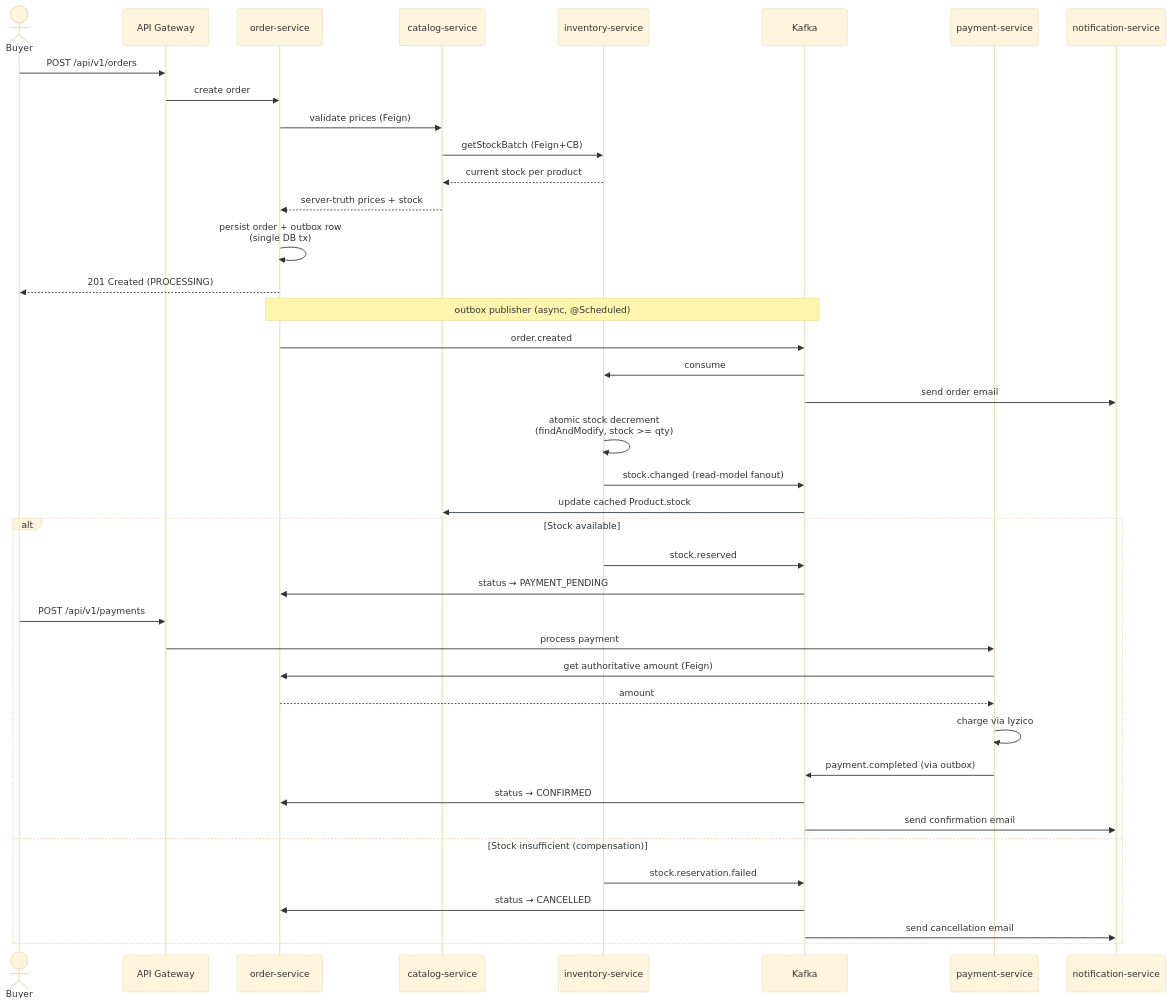
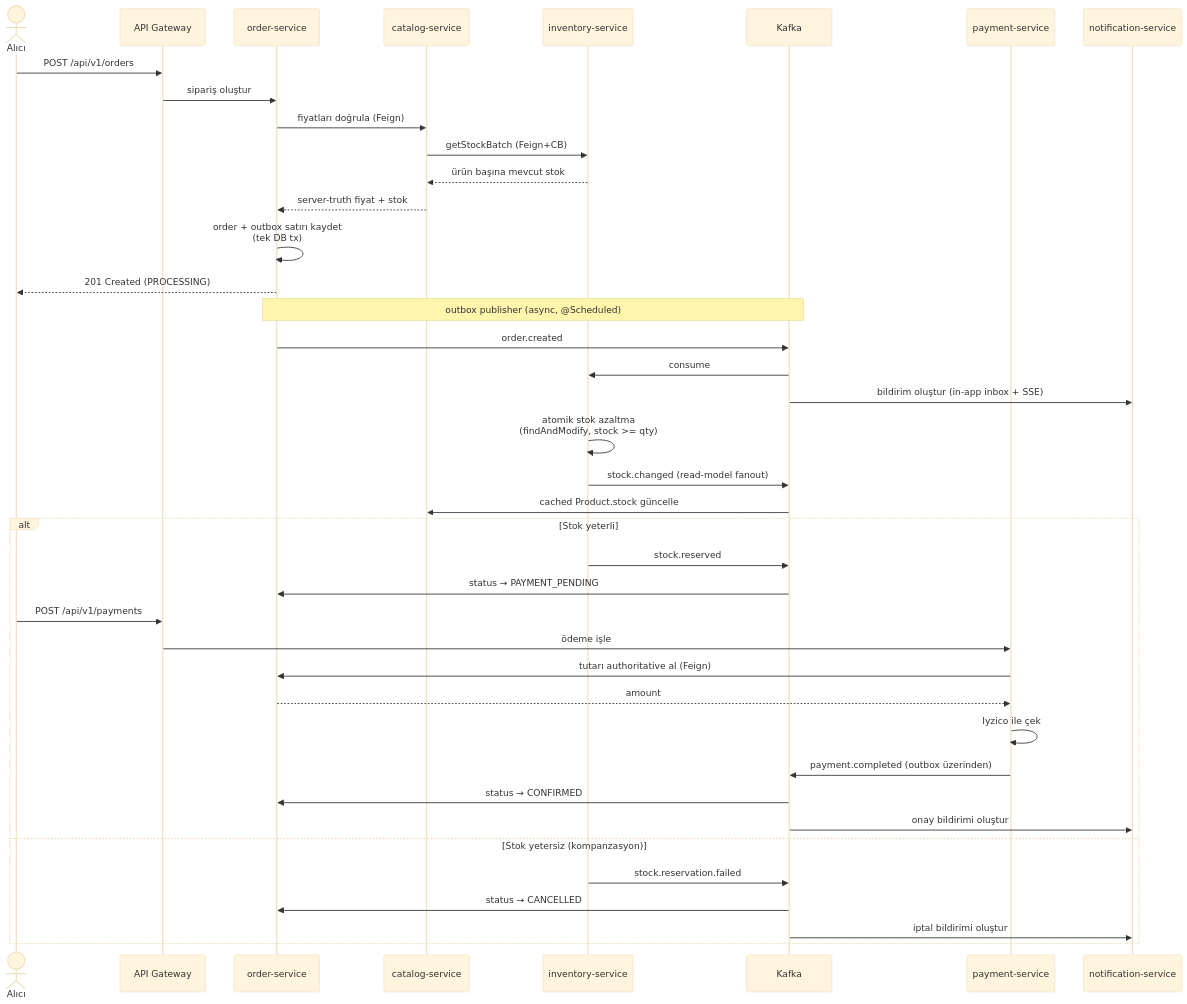
One commit to yigitdemirko/marketplace changed the third of 6 diagrams in README.md. Above: the diagram before and after it, drawn with Mermaid (base theme). The commit also changed other lines of this file and 13 other files, not shown here.

````diff
--- a/README.md
+++ b/README.md
@@ -186,46 +255,46 @@
 ```mermaid
 sequenceDiagram
-    actor U as Buyer
+    actor U as Alıcı
     participant GW as API Gateway
     participant OS as order-service
     participant CS as catalog-service
     participant IV as inventory-service
     participant K as Kafka
     participant PM as payment-service
     participant NS as notification-service
 
     U->>GW: POST /api/v1/orders
-    GW->>OS: create order
-    OS->>CS: validate prices (Feign)
+    GW->>OS: sipariş oluştur
+    OS->>CS: fiyatları doğrula (Feign)
     CS->>IV: getStockBatch (Feign+CB)
-    IV-->>CS: current stock per product
-    CS-->>OS: server-truth prices + stock
-    OS->>OS: persist order + outbox row<br/>(single DB tx)
+    IV-->>CS: ürün başına mevcut stok
+    CS-->>OS: server-truth fiyat + stok
+    OS->>OS: order + outbox satırı kaydet<br/>(tek DB tx)
     OS-->>U: 201 Created (PROCESSING)
 
     Note over OS,K: outbox publisher (async, @Scheduled)
     OS->>K: order.created
     K->>IV: consume
-    K->>NS: send order email
+    K->>NS: bildirim oluştur (in-app inbox + SSE)
 
-    IV->>IV: atomic stock decrement<br/>(findAndModify, stock >= qty)
+    IV->>IV: atomik stok azaltma<br/>(findAndModify, stock >= qty)
     IV->>K: stock.changed (read-model fanout)
-    K->>CS: update cached Product.stock
+    K->>CS: cached Product.stock güncelle
 
-    alt Stock available
+    alt Stok yeterli
         IV->>K: stock.reserved
         K->>OS: status → PAYMENT_PENDING
         U->>GW: POST /api/v1/payments
-        GW->>PM: process payment
-        PM->>OS: get authoritative amount (Feign)
+        GW->>PM: ödeme işle
+        PM->>OS: tutarı authoritative al (Feign)
         OS-->>PM: amount
-        PM->>PM: charge via Iyzico
-        PM->>K: payment.completed (via outbox)
+        PM->>PM: Iyzico ile çek
+        PM->>K: payment.completed (outbox üzerinden)
         K->>OS: status → CONFIRMED
-        K->>NS: send confirmation email
-    else Stock insufficient (compensation)
+        K->>NS: onay bildirimi oluştur
+    else Stok yetersiz (kompanzasyon)
         IV->>K: stock.reservation.failed
         K->>OS: status → CANCELLED
-        K->>NS: send cancellation email
+        K->>NS: iptal bildirimi oluştur
     end
 ```
````
